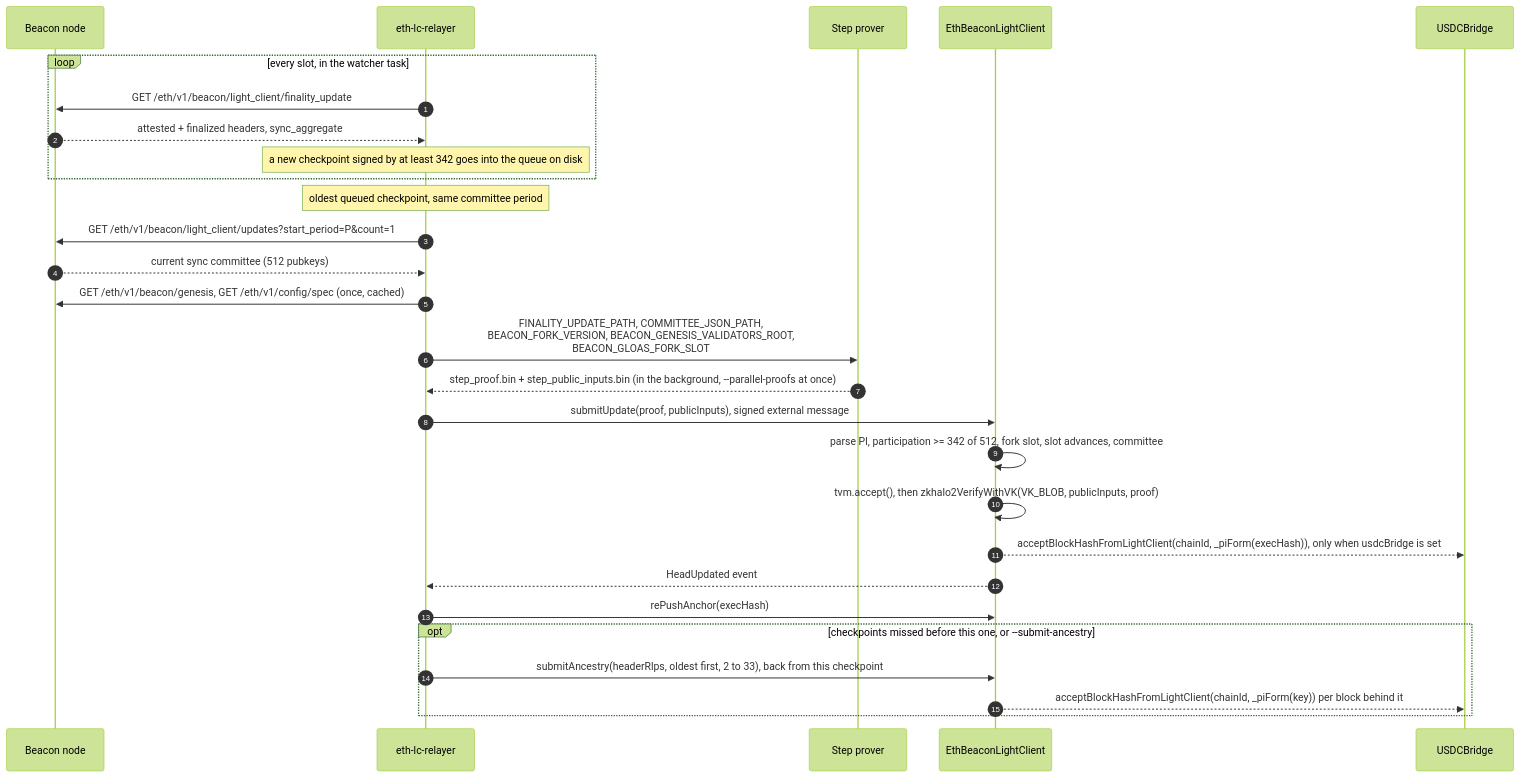
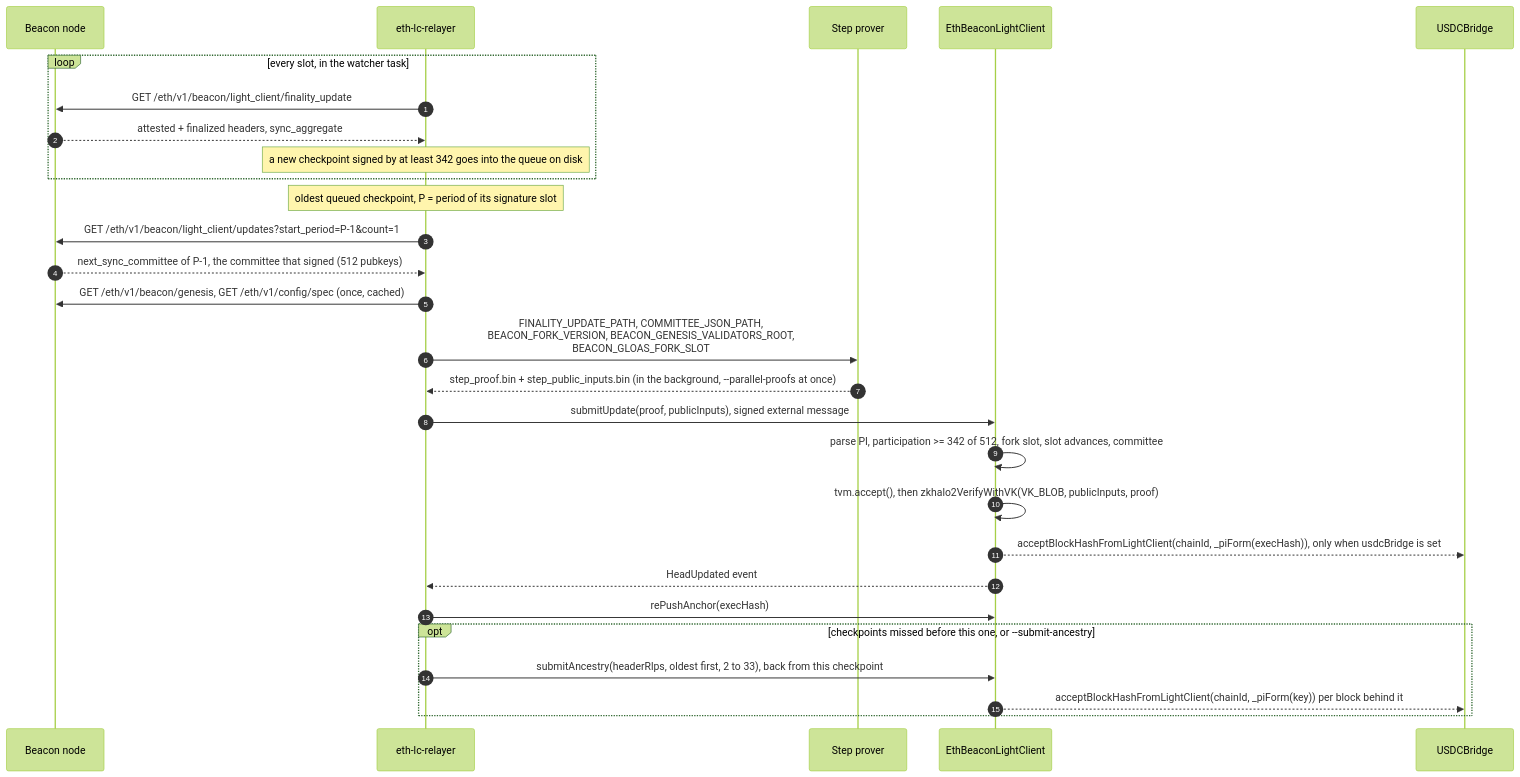
The second of 5 diagrams in docs/eth-light-client.md (gosh-sh/bridge), drawn with Mermaid (forest theme) before and after one commit. The commit also changed 5 other files, not shown here.

Commit message:
eth-lc-relayer: take the committee from the signature slot (#183)

````diff
--- a/docs/eth-light-client.md
+++ b/docs/eth-light-client.md
@@ -131,30 +131,30 @@
 ```mermaid
 sequenceDiagram
   autonumber
   participant B as Beacon node
   participant R as eth-lc-relayer
   participant P as Step prover
   participant LC as EthBeaconLightClient
   participant UB as USDCBridge
   loop every slot, in the watcher task
     R->>B: GET /eth/v1/beacon/light_client/finality_update
     B-->>R: attested + finalized headers, sync_aggregate
     Note over R: a new checkpoint signed by at least 342 goes into the queue on disk
   end
-  Note over R: oldest queued checkpoint, same committee period
-  R->>B: GET /eth/v1/beacon/light_client/updates?start_period=P&count=1
-  B-->>R: current sync committee (512 pubkeys)
+  Note over R: oldest queued checkpoint, P = period of its signature slot
+  R->>B: GET /eth/v1/beacon/light_client/updates?start_period=P-1&count=1
+  B-->>R: next_sync_committee of P-1, the committee that signed (512 pubkeys)
   R->>B: GET /eth/v1/beacon/genesis, GET /eth/v1/config/spec (once, cached)
   R->>P: FINALITY_UPDATE_PATH, COMMITTEE_JSON_PATH,<br/>BEACON_FORK_VERSION, BEACON_GENESIS_VALIDATORS_ROOT,<br/>BEACON_GLOAS_FORK_SLOT
   P-->>R: step_proof.bin + step_public_inputs.bin (in the background, --parallel-proofs at once)
   R->>LC: submitUpdate(proof, publicInputs), signed external message
   LC->>LC: parse PI, participation >= 342 of 512, fork slot, slot advances, committee
   LC->>LC: tvm.accept(), then zkhalo2VerifyWithVK(VK_BLOB, publicInputs, proof)
   LC-->>UB: acceptBlockHashFromLightClient(chainId, _piForm(execHash)), only when usdcBridge is set
   LC-->>R: HeadUpdated event
   R->>LC: rePushAnchor(execHash)
   opt checkpoints missed before this one, or --submit-ancestry
     R->>LC: submitAncestry(headerRlps, oldest first, 2 to 33), back from this checkpoint
     LC-->>UB: acceptBlockHashFromLightClient(chainId, _piForm(key)) per block behind it
   end
 ```
````
